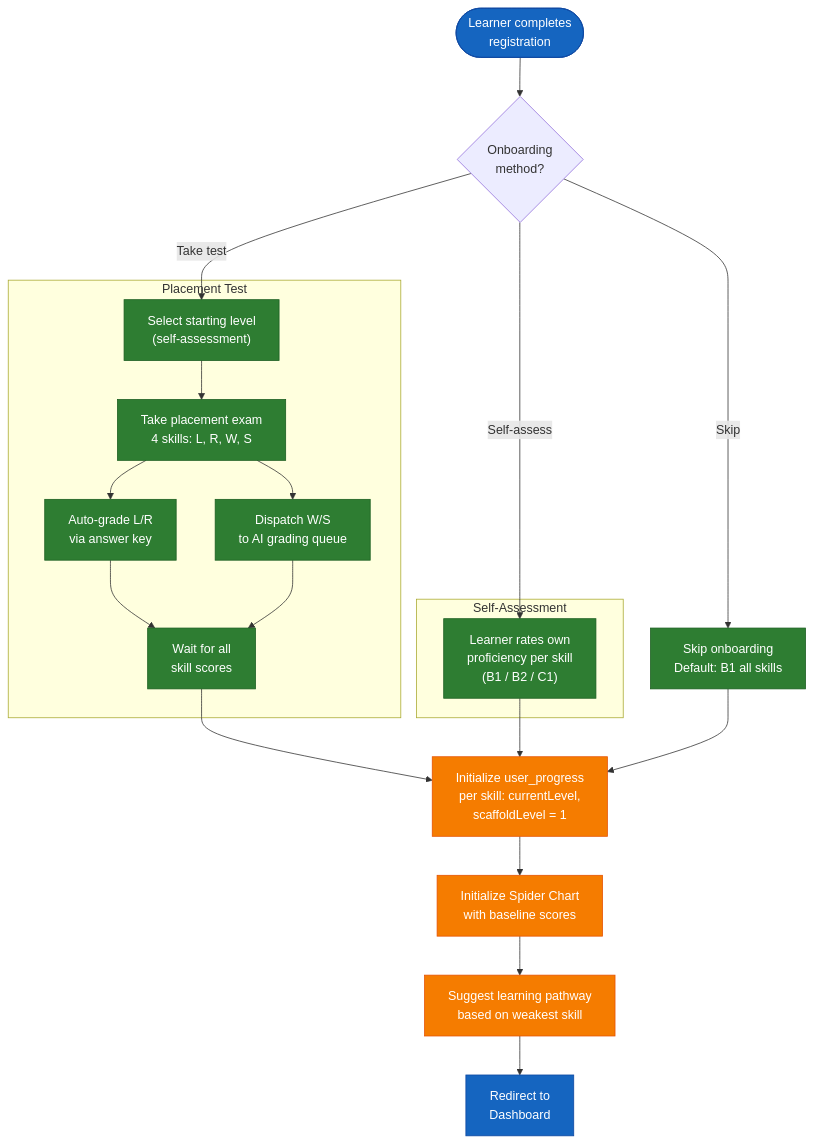
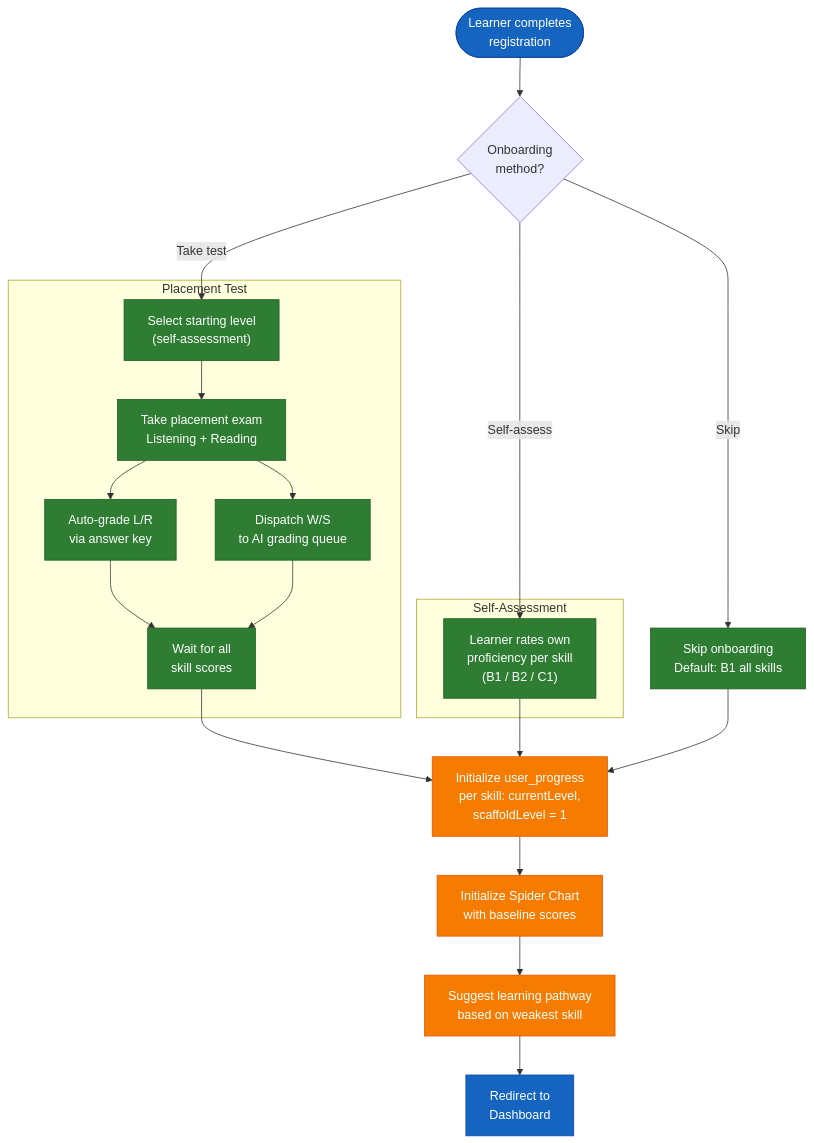
One commit to nghyane/VSTEP changed the ninth of 16 diagrams in docs/capstone/reports/ENG/report3-software-requirement-specification.md. Above: the diagram before and after it, drawn with Mermaid. The commit also changed other lines of this file and 1 other file, not shown here.

Commit message:
docs: align report 3 with current architecture

````diff
--- a/docs/capstone/reports/ENG/report3-software-requirement-specification.md
+++ b/docs/capstone/reports/ENG/report3-software-requirement-specification.md
@@ -1161,47 +1141,47 @@
 ```mermaid
 flowchart TB
     Start(["Learner completes<br/>registration"])
 
     OnboardingChoice{"Onboarding<br/>method?"}
 
     subgraph PlacementTest ["Placement Test"]
         SelectLevel["Select starting level<br/>(self-assessment)"]
-        TakeTest["Take placement exam<br/>4 skills: L, R, W, S"]
+        TakeTest["Take placement exam<br/>Listening + Reading"]
         GradeObjective["Auto-grade L/R<br/>via answer key"]
         GradeSubjective["Dispatch W/S<br/>to AI grading queue"]
         WaitResults["Wait for all<br/>skill scores"]
     end
 
     subgraph SelfAssess ["Self-Assessment"]
         RateSkills["Learner rates own<br/>proficiency per skill<br/>(B1 / B2 / C1)"]
     end
 
     Skip["Skip onboarding<br/>Default: B1 all skills"]
 
     InitProgress["Initialize user_progress<br/>per skill: currentLevel,<br/>scaffoldLevel = 1"]
     InitSpider["Initialize Spider Chart<br/>with baseline scores"]
     RecommendPath["Suggest learning pathway<br/>based on weakest skill"]
 
     Dashboard["Redirect to<br/>Dashboard"]
 
     Start --> OnboardingChoice
     OnboardingChoice -->|"Take test"| SelectLevel --> TakeTest
     TakeTest --> GradeObjective
     TakeTest --> GradeSubjective
     GradeObjective --> WaitResults
     GradeSubjective --> WaitResults
     WaitResults --> InitProgress
 
     OnboardingChoice -->|"Self-assess"| RateSkills --> InitProgress
     OnboardingChoice -->|"Skip"| Skip --> InitProgress
 
     InitProgress --> InitSpider --> RecommendPath --> Dashboard
 
     classDef start fill:#1565c0,stroke:#0d47a1,color:#fff
     classDef process fill:#2e7d32,stroke:#1b5e20,color:#fff
     classDef result fill:#f57c00,stroke:#e65100,color:#fff
 
     class Start,Dashboard start
     class SelectLevel,TakeTest,GradeObjective,GradeSubjective,WaitResults,RateSkills,Skip process
     class InitProgress,InitSpider,RecommendPath result
 ```
````
